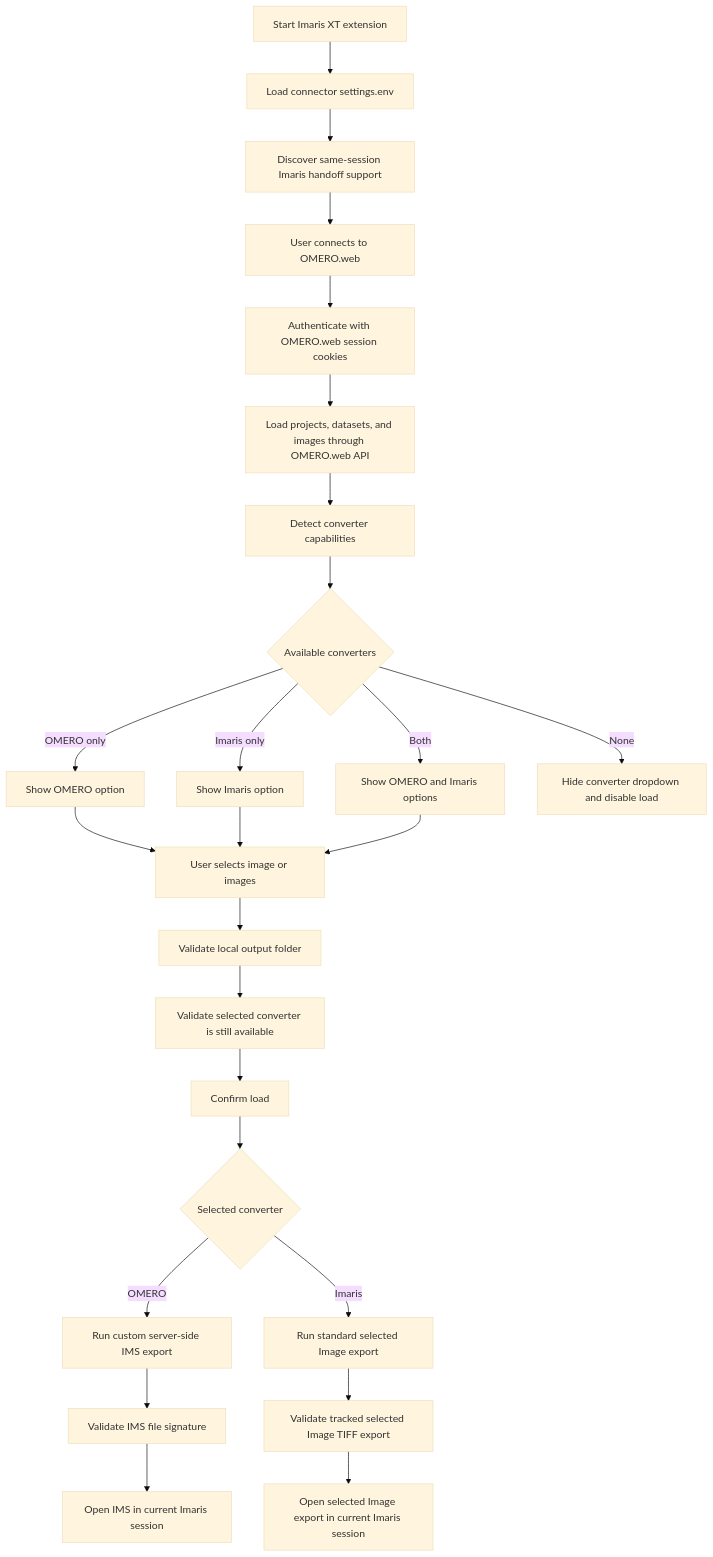
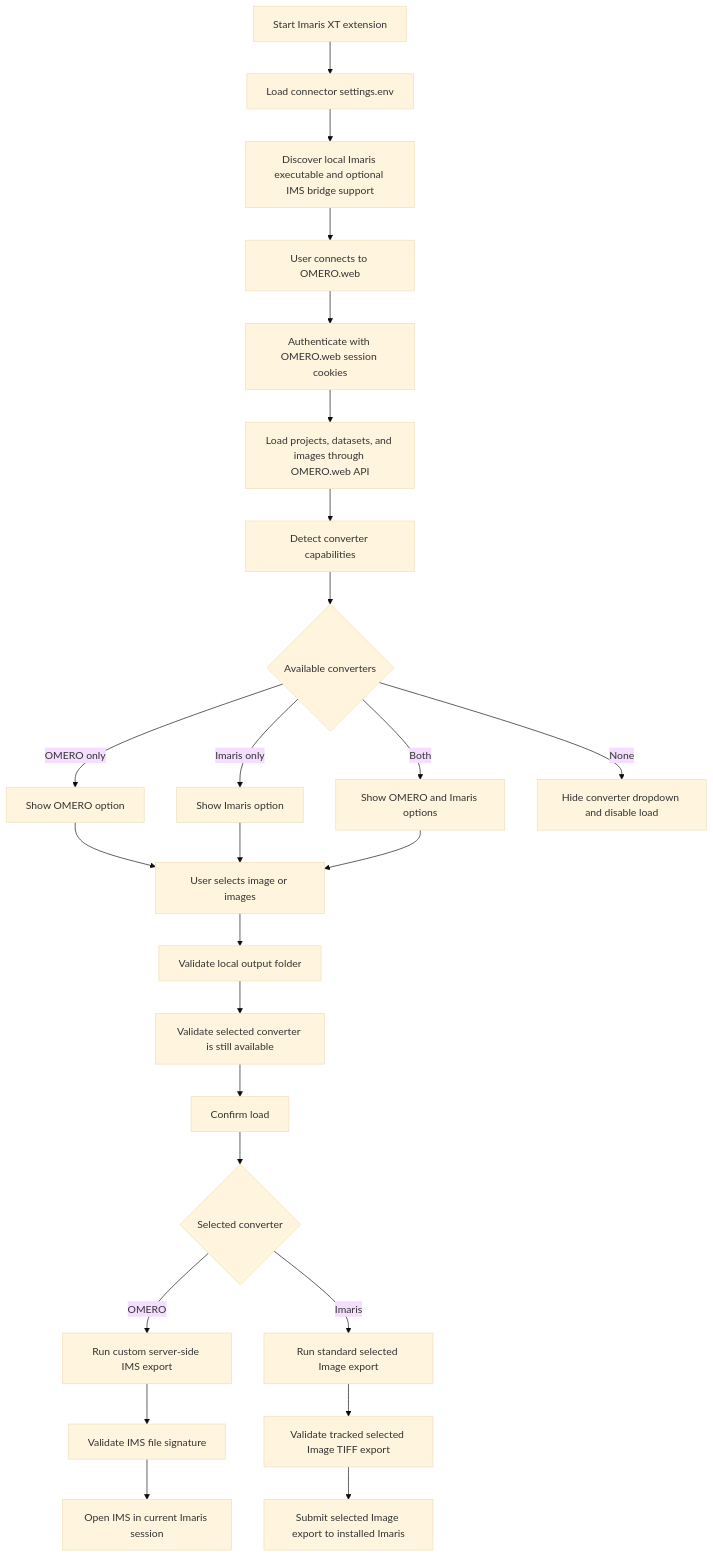
The first of 7 diagrams in docs/plugins/imaris-connector-workflow.md (ZMB-UZH/omero-docker-extended), drawn with Mermaid (base theme) before and after one commit. The commit also changed other lines of this file and 4 other files, not shown here.

Commit message:
Use Imaris executable for selected-image handoff

````diff
--- a/docs/plugins/imaris-connector-workflow.md
+++ b/docs/plugins/imaris-connector-workflow.md
@@ -23,27 +25,27 @@
 ```mermaid
 flowchart TD
     A[Start Imaris XT extension] --> B[Load connector settings.env]
-    B --> C[Discover same-session Imaris handoff support]
+    B --> C[Discover local Imaris executable and optional IMS bridge support]
     C --> D[User connects to OMERO.web]
     D --> E[Authenticate with OMERO.web session cookies]
     E --> F[Load projects, datasets, and images through OMERO.web API]
     F --> G[Detect converter capabilities]
     G --> H{Available converters}
     H -->|OMERO only| I[Show OMERO option]
     H -->|Imaris only| J[Show Imaris option]
     H -->|Both| K[Show OMERO and Imaris options]
     H -->|None| L[Hide converter dropdown and disable load]
     I --> M[User selects image or images]
     J --> M
     K --> M
     M --> N[Validate local output folder]
     N --> O[Validate selected converter is still available]
     O --> P[Confirm load]
     P --> Q{Selected converter}
     Q -->|OMERO| R[Run custom server-side IMS export]
     Q -->|Imaris| S[Run standard selected Image export]
     R --> T[Validate IMS file signature]
     S --> U[Validate tracked selected Image TIFF export]
     T --> V[Open IMS in current Imaris session]
-    U --> W[Open selected Image export in current Imaris session]
+    U --> W[Submit selected Image export to installed Imaris]
 ```
````
